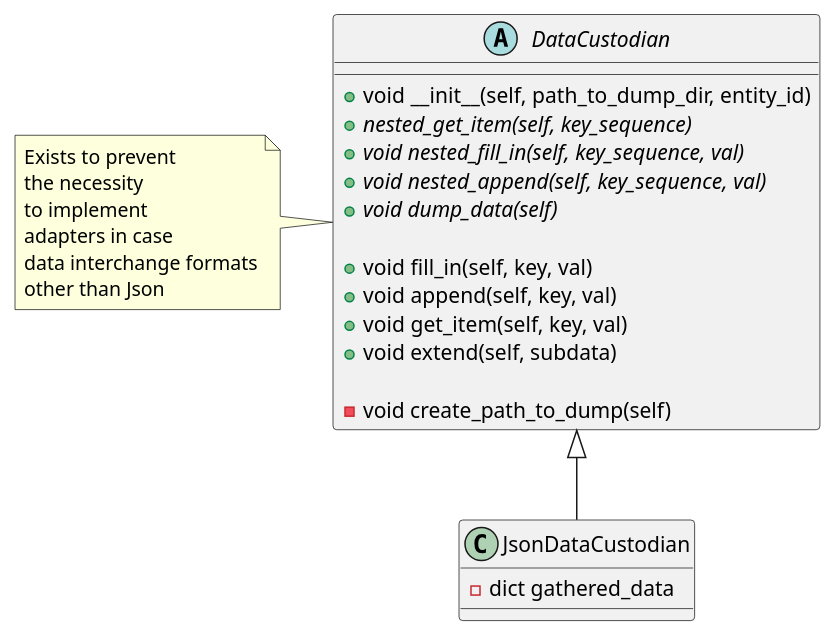
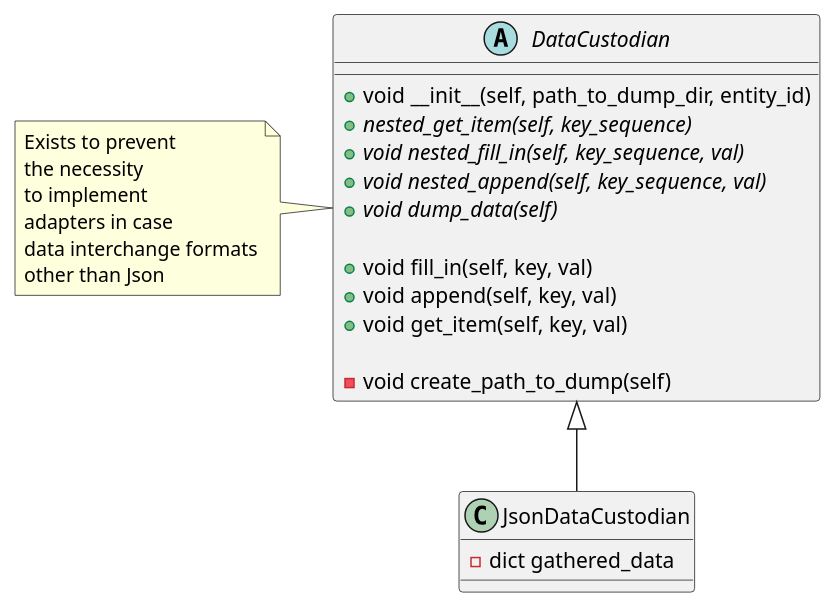
Before and after one commit to IgorZhiltsoff/TPy_project: the diagram in Interface/CmdLineIF/DataCustodian/Class_DataCustodian.puml, drawn with PlantUML. The commit also changed 2 other files, not shown here.

```diff
--- a/Interface/CmdLineIF/DataCustodian/Class_DataCustodian.puml
+++ b/Interface/CmdLineIF/DataCustodian/Class_DataCustodian.puml
@@ -1,34 +1,33 @@
 @startuml
 'https://plantuml.com/class-diagram
 
 abstract class DataCustodian {
     +void __init__(self, path_to_dump_dir, entity_id)
     +{abstract} nested_get_item(self, key_sequence)
     +{abstract} void nested_fill_in(self, key_sequence, val)
     +{abstract} void nested_append(self, key_sequence, val)
     +{abstract} void dump_data(self)
 
     +void fill_in(self, key, val)
     +void append(self, key, val)
     +void get_item(self, key, val)
-    +void extend(self, subdata)
 
     -void create_path_to_dump(self)
 }
 
 note left of DataCustodian
 Exists to prevent
 the necessity
 to implement
 adapters in case
 data interchange formats
 other than Json
 end note
 
 class JsonDataCustodian {
     -dict gathered_data
 }
 
 DataCustodian <|-- JsonDataCustodian
 
 @enduml
```
